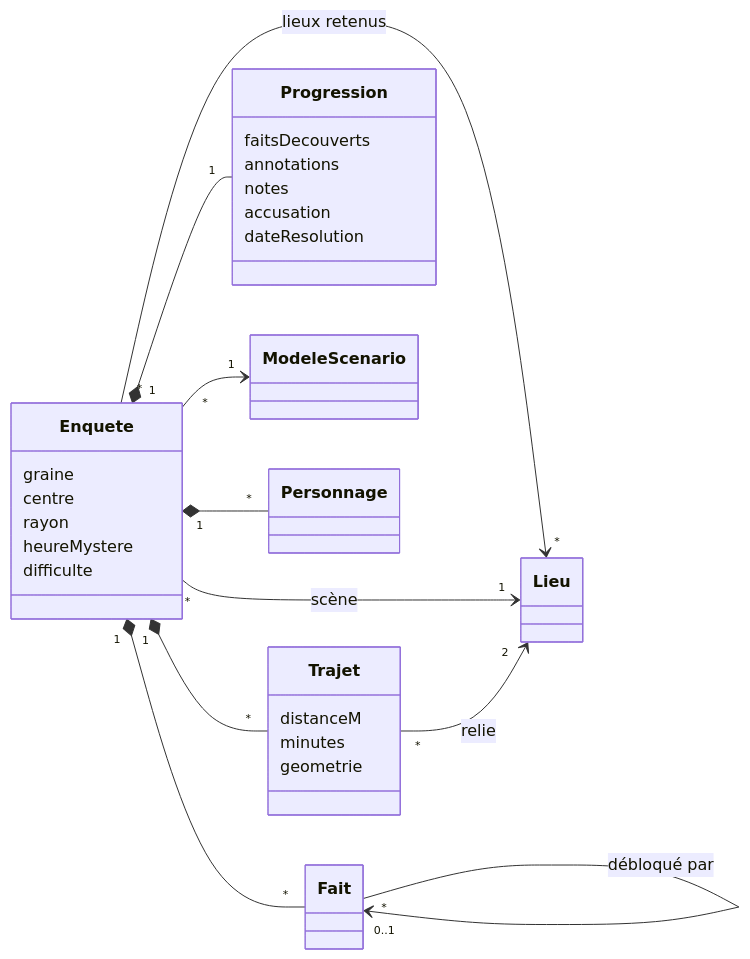
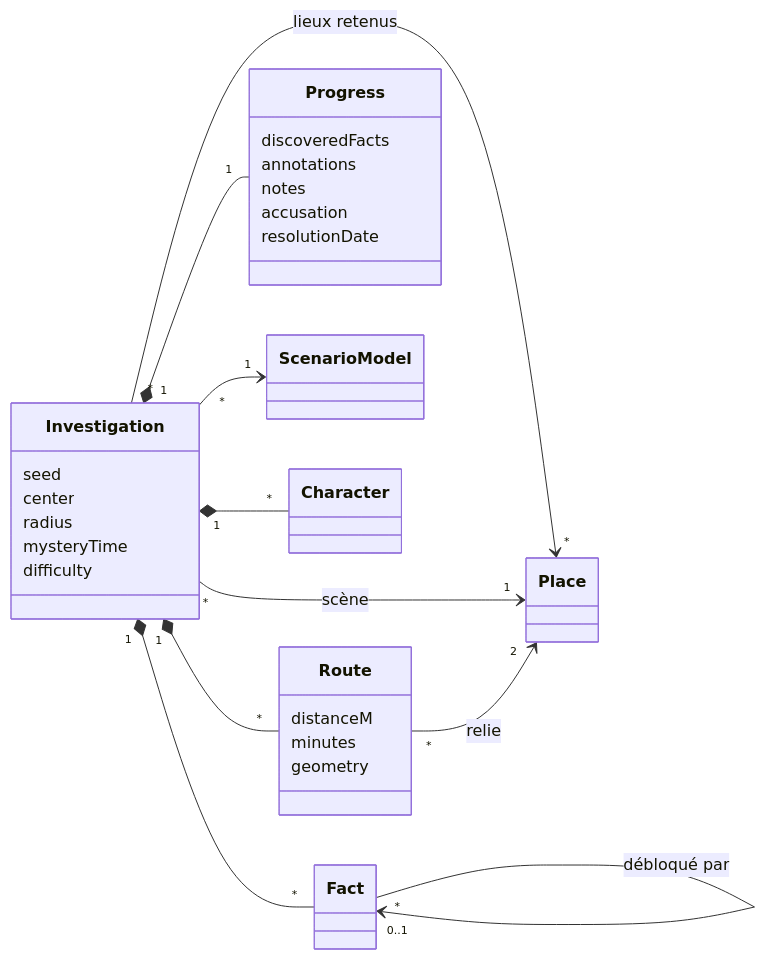
Before and after one commit to akartikus/pistouil: the fourth of 4 diagrams in docs/reference/DATA-MODEL.md, drawn with Mermaid. The commit also changed other lines of this file, not shown here.

First line of the commit message:
docs: translate data model identifiers to English and add engine rules

````diff
--- a/docs/reference/DATA-MODEL.md
+++ b/docs/reference/DATA-MODEL.md
@@ -157,32 +161,32 @@
 ```mermaid
 classDiagram
   direction LR
-  class Enquete {
-    graine
-    centre
-    rayon
-    heureMystere
-    difficulte
+  class Investigation {
+    seed
+    center
+    radius
+    mysteryTime
+    difficulty
   }
-  class Trajet {
+  class Route {
     distanceM
     minutes
-    geometrie
+    geometry
   }
-  class Progression {
-    faitsDecouverts
+  class Progress {
+    discoveredFacts
     annotations
     notes
     accusation
-    dateResolution
+    resolutionDate
   }
-  Enquete "*" --> "1" ModeleScenario
-  Enquete "*" --> "*" Lieu : lieux retenus
-  Enquete "*" --> "1" Lieu : scène
-  Enquete "1" *-- "*" Personnage
-  Enquete "1" *-- "*" Fait
-  Enquete "1" *-- "*" Trajet
-  Enquete "1" *-- "1" Progression
-  Trajet "*" --> "2" Lieu : relie
-  Fait "*" --> "0..1" Fait : débloqué par
+  Investigation "*" --> "1" ScenarioModel
+  Investigation "*" --> "*" Place : lieux retenus
+  Investigation "*" --> "1" Place : scène
+  Investigation "1" *-- "*" Character
+  Investigation "1" *-- "*" Fact
+  Investigation "1" *-- "*" Route
+  Investigation "1" *-- "1" Progress
+  Route "*" --> "2" Place : relie
+  Fact "*" --> "0..1" Fact : débloqué par
 ```
````
